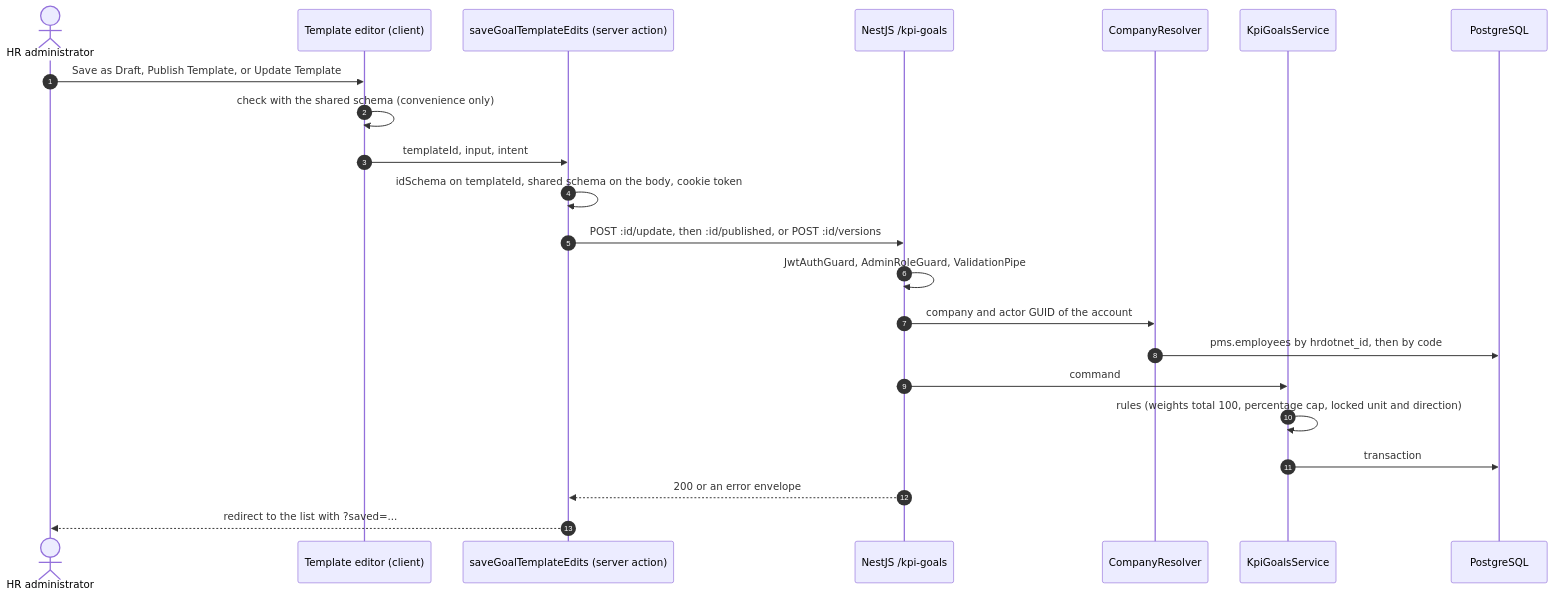
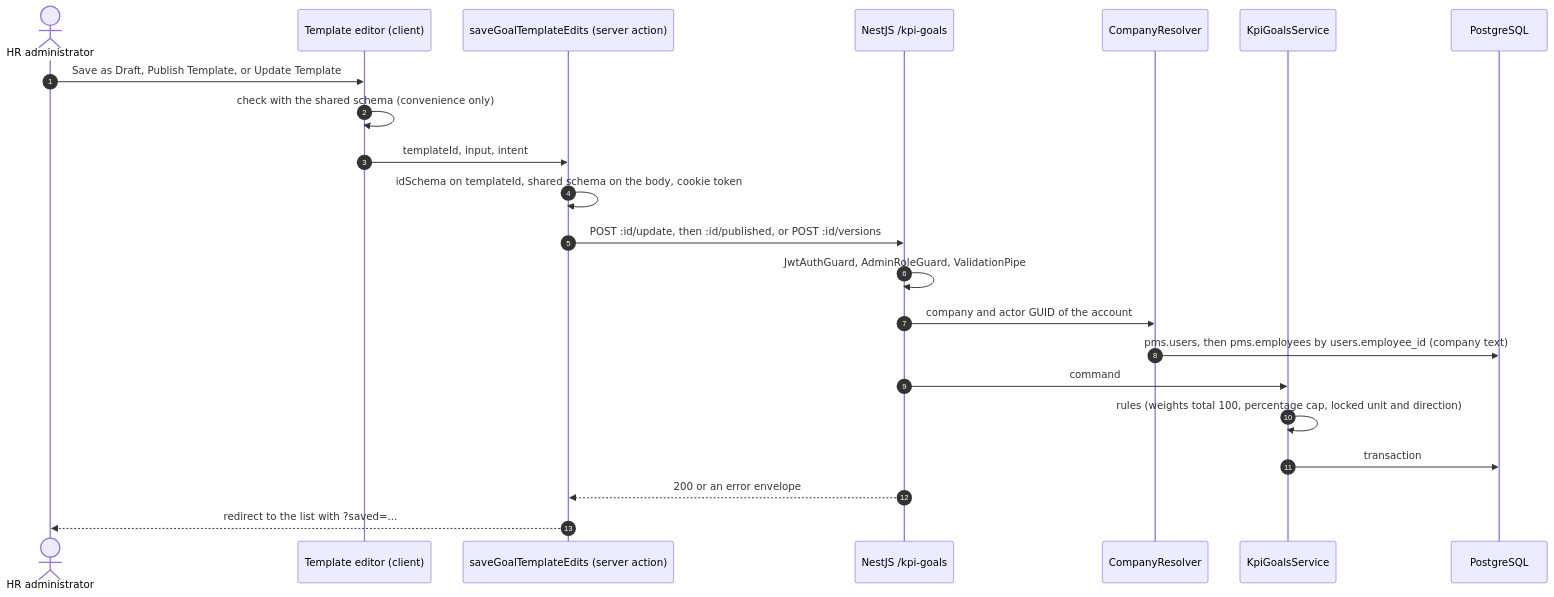
One commit to intellismartinc-iging/performance-management-system changed the fourth of 4 diagrams in docs/system-architecture.md. Above: the diagram before and after it, drawn with Mermaid. The commit also changed other lines of this file and 16 other files, not shown here.

````diff
--- a/docs/system-architecture.md
+++ b/docs/system-architecture.md
@@ -994,25 +1031,25 @@
 ```mermaid
 sequenceDiagram
   autonumber
   actor Admin as HR administrator
   participant Editor as Template editor (client)
   participant Action as saveGoalTemplateEdits (server action)
   participant Api as NestJS /kpi-goals
   participant Resolver as CompanyResolver
   participant Service as KpiGoalsService
   participant Db as PostgreSQL
 
   Admin->>Editor: Save as Draft, Publish Template, or Update Template
   Editor->>Editor: check with the shared schema (convenience only)
   Editor->>Action: templateId, input, intent
   Action->>Action: idSchema on templateId, shared schema on the body, cookie token
   Action->>Api: POST :id/update, then :id/published, or POST :id/versions
   Api->>Api: JwtAuthGuard, AdminRoleGuard, ValidationPipe
   Api->>Resolver: company and actor GUID of the account
-  Resolver->>Db: pms.employees by hrdotnet_id, then by code
+  Resolver->>Db: pms.users, then pms.employees by users.employee_id (company text)
   Api->>Service: command
   Service->>Service: rules (weights total 100, percentage cap, locked unit and direction)
   Service->>Db: transaction
   Api-->>Action: 200 or an error envelope
   Action-->>Admin: redirect to the list with ?saved=...
 ```
````
